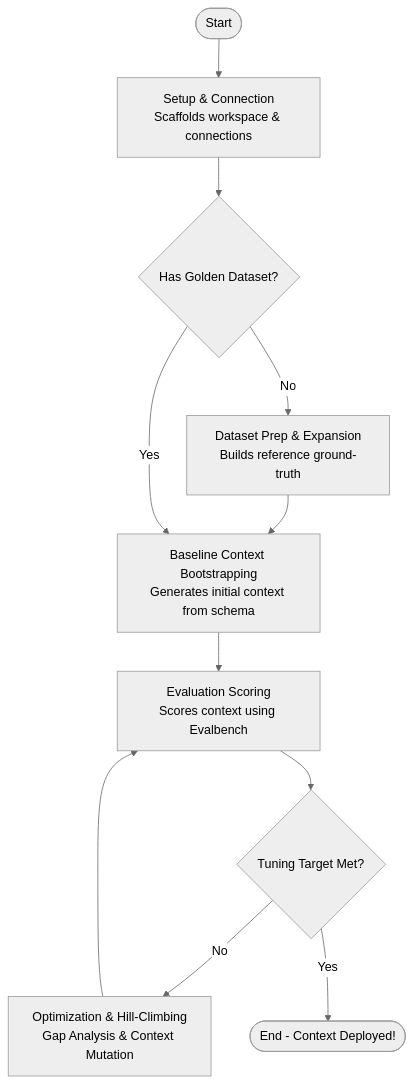
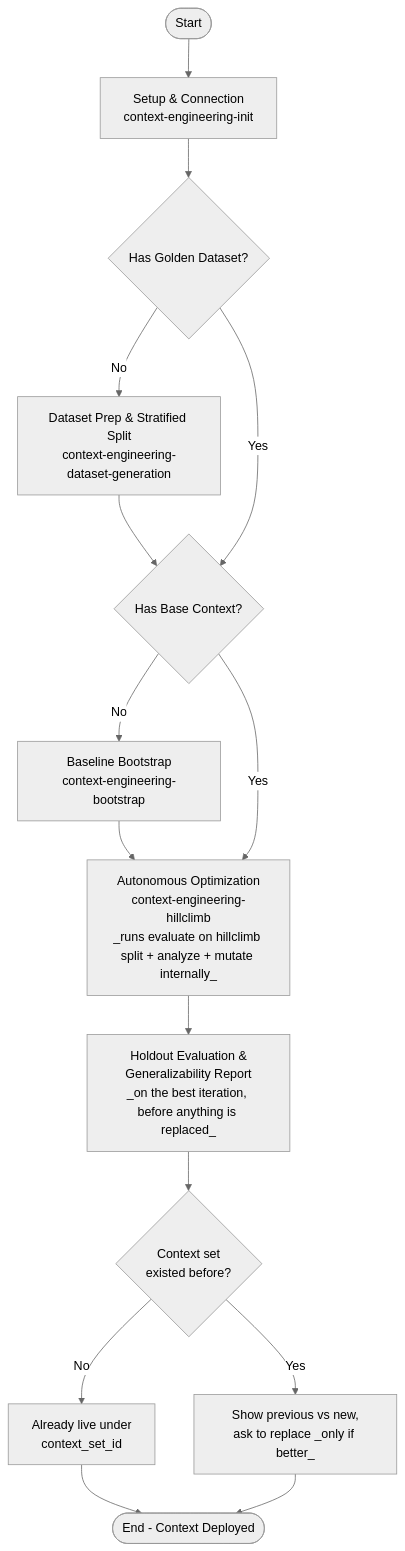
One commit to GoogleCloudPlatform/db-context-enrichment changed the diagram in plugin/skills/context-engineering-workflow/SKILL.md. Above: the diagram before and after it, drawn with Mermaid (neutral theme). The commit also changed other lines of this file and 185 other files, not shown here.

First line of the commit message:
feat!: autonomous hill-climbing with managed Context Set MCP tools and generalizability (holdout) testing (#229)

````diff
--- a/plugin/skills/context-engineering-workflow/SKILL.md
+++ b/plugin/skills/context-engineering-workflow/SKILL.md
@@ -18,22 +28,27 @@
 ```mermaid
 flowchart TD
     Start([Start]) --> Setup[Setup & Connection
-Scaffolds workspace & connections]
-    Setup --> Prep{Has Golden Dataset?}
-    
-    Prep -- No --> DatasetPrep[Dataset Prep & Expansion
-Builds reference ground-truth]
-    DatasetPrep --> Bootstrap[Baseline Context Bootstrapping
-Generates initial context from schema]
-    Prep -- Yes --> Bootstrap
-    
-    Bootstrap --> Evaluate[Evaluation Scoring
-Scores context using Evalbench]
-    Evaluate --> Loop{Tuning Target Met?}
-    
-    Loop -- No --> Hillclimb[Optimization & Hill-Climbing
-Gap Analysis & Context Mutation]
-    Hillclimb --> Evaluate
-    
-    Loop -- Yes --> End([End - Context Deployed!])
+context-engineering-init]
+    Setup --> Dataset{Has Golden Dataset?}
+    Dataset -- No --> DatasetPrep[Dataset Prep & Stratified Split
+context-engineering-dataset-generation]
+    DatasetPrep --> BaseCheck
+    Dataset -- Yes --> BaseCheck{Has Base Context?}
+    BaseCheck -- No --> Bootstrap[Baseline Bootstrap
+context-engineering-bootstrap]
+    Bootstrap --> Optimize
+    BaseCheck -- Yes --> Optimize[Autonomous Optimization
+context-engineering-hillclimb
+_runs evaluate on hillclimb split + analyze + mutate internally_]
+    Optimize --> Holdout[Holdout Evaluation &
+Generalizability Report
+_on the best iteration, before anything is replaced_]
+    Holdout --> Publish{Context set
+existed before?}
+    Publish -- No --> Live[Already live under
+context_set_id]
+    Publish -- Yes --> HITL[Show previous vs new,
+ask to replace _only if better_]
+    Live --> End([End - Context Deployed])
+    HITL --> End
 ```
````
